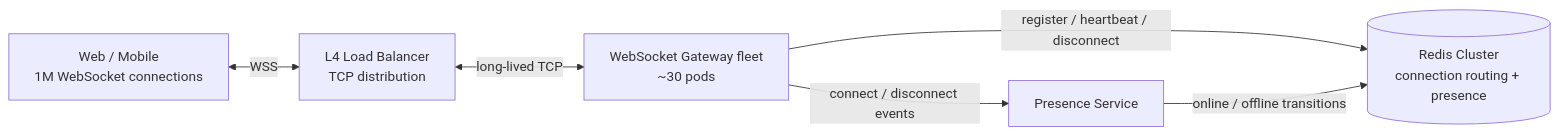
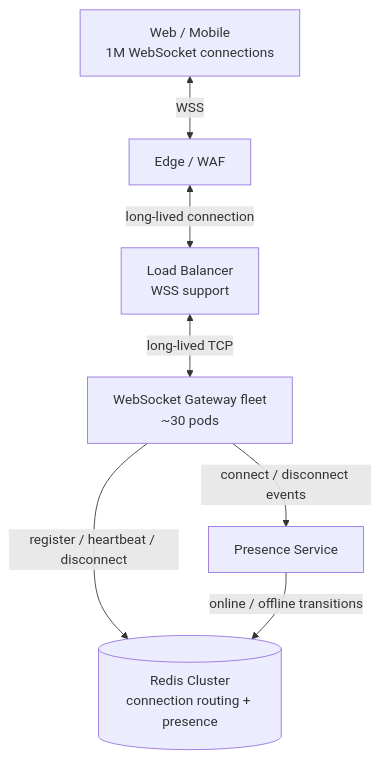
One commit to fev0ks/LearnGoLang changed the first of 2 diagrams in docs/senior-golang-study/05-system-design/interview-cases/04.1-websocket-chat-capacity.md. Above: the diagram before and after it, drawn with Mermaid. The commit also changed other lines of this file and 26 other files, not shown here.

````diff
--- a/docs/senior-golang-study/05-system-design/interview-cases/04.1-websocket-chat-capacity.md
+++ b/docs/senior-golang-study/05-system-design/interview-cases/04.1-websocket-chat-capacity.md
@@ -197,14 +201,16 @@
 ```mermaid
-flowchart LR
+flowchart TB
     Client["Web / Mobile<br/>1M WebSocket connections"]
-    LB["L4 Load Balancer<br/>TCP distribution"]
+    Edge["Edge / WAF"]
+    LB["Load Balancer<br/>WSS support"]
     Gateway["WebSocket Gateway fleet<br/>~30 pods"]
     Presence["Presence Service"]
     Routes[("Redis Cluster<br/>connection routing + presence")]
 
-    Client <-->|"WSS"| LB
+    Client <-->|"WSS"| Edge
+    Edge <-->|"long-lived connection"| LB
     LB <-->|"long-lived TCP"| Gateway
     Gateway -->|"register / heartbeat / disconnect"| Routes
     Gateway -->|"connect / disconnect events"| Presence
     Presence -->|"online / offline transitions"| Routes
 ```
````
